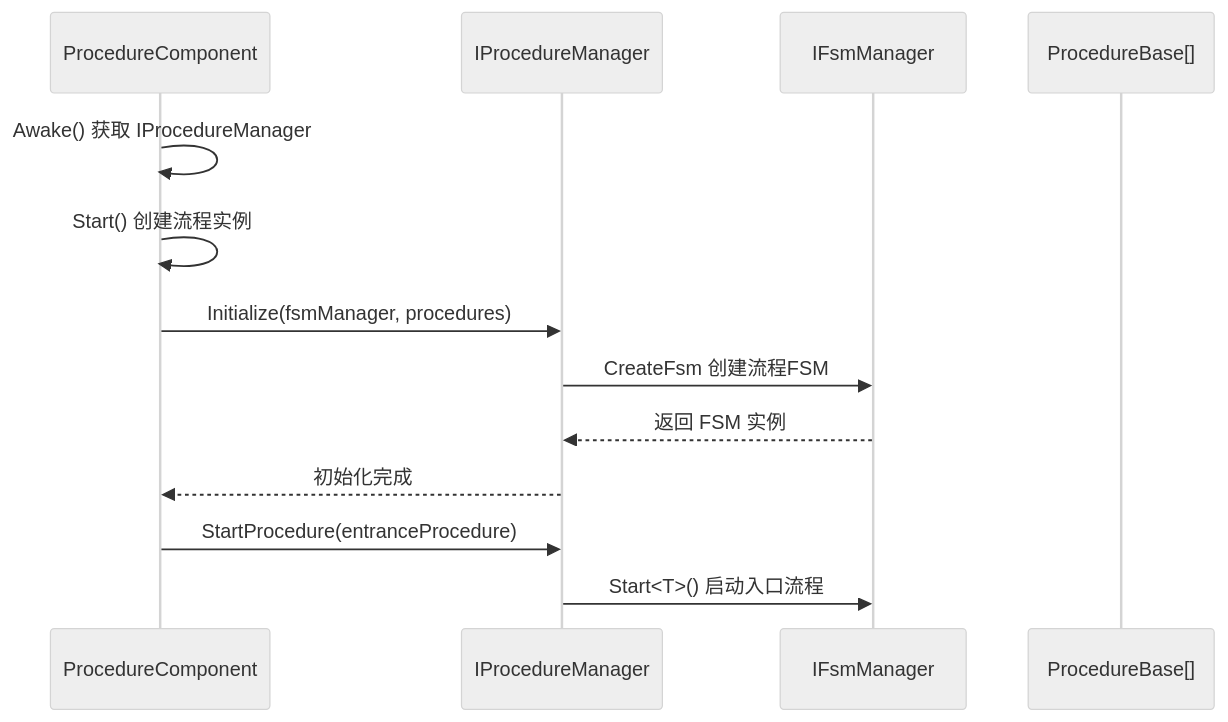
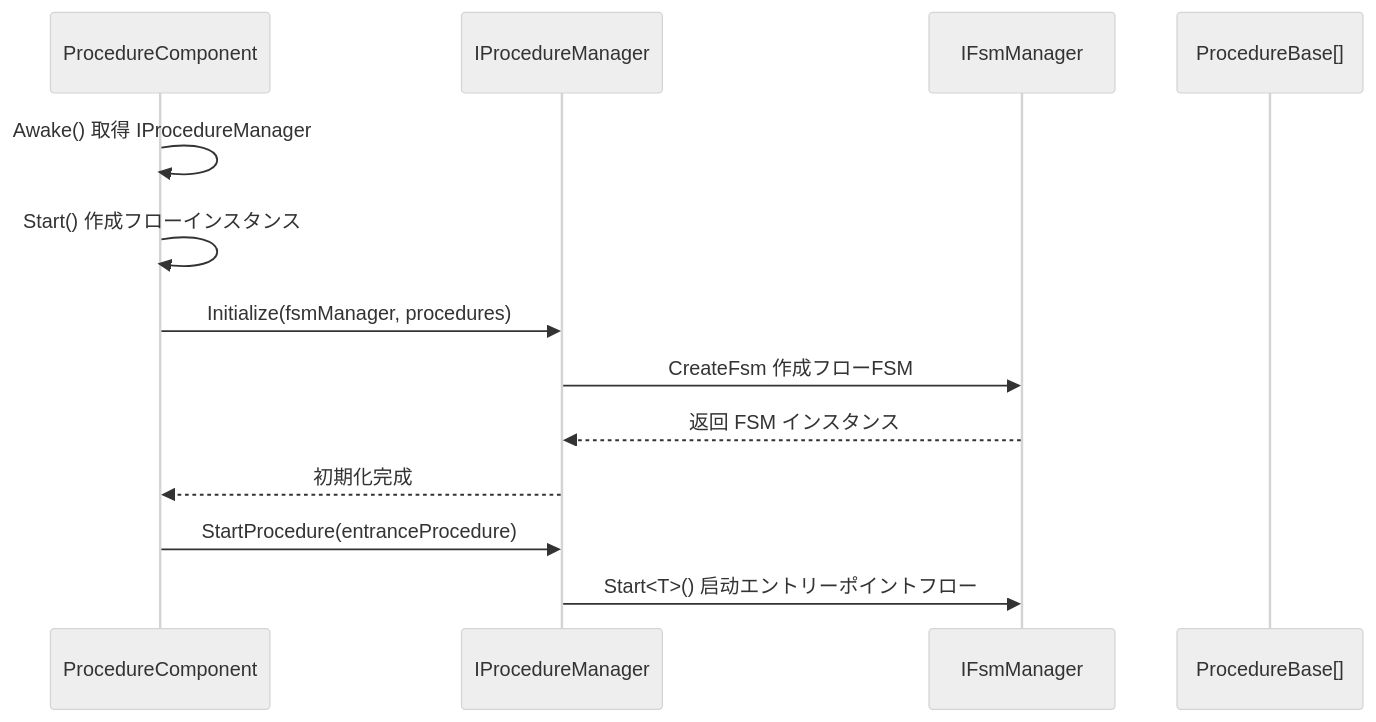
The second of 3 diagrams in docs/ja/client/unity/component/procedure/05.iprocedure-manager.md (AlianBlank/GameFrameX.Docs), drawn with Mermaid (neutral theme) before and after one commit. The commit also changed other lines of this file and 603 other files, not shown here.

````diff
--- a/docs/ja/client/unity/component/procedure/05.iprocedure-manager.md
+++ b/docs/ja/client/unity/component/procedure/05.iprocedure-manager.md
@@ -69,16 +69,16 @@
 ```mermaid
 sequenceDiagram
     participant PC as ProcedureComponent
     participant IPM as IProcedureManager
     participant FSM as IFsmManager
     participant Proc as ProcedureBase[]
 
-    PC->>PC: Awake() 获取 IProcedureManager
-    PC->>PC: Start() 创建流程实例
+    PC->>PC: Awake() 取得 IProcedureManager
+    PC->>PC: Start() 作成フローインスタンス
     PC->>IPM: Initialize(fsmManager, procedures)
-    IPM->>FSM: CreateFsm 创建流程FSM
-    FSM-->>IPM: 返回 FSM 实例
-    IPM-->>PC: 初始化完成
+    IPM->>FSM: CreateFsm 作成フローFSM
+    FSM-->>IPM: 返回 FSM インスタンス
+    IPM-->>PC: 初期化完成
     PC->>IPM: StartProcedure(entranceProcedure)
-    IPM->>FSM: Start<T>() 启动入口流程
+    IPM->>FSM: Start<T>() 启动エントリーポイントフロー
 ```
````
